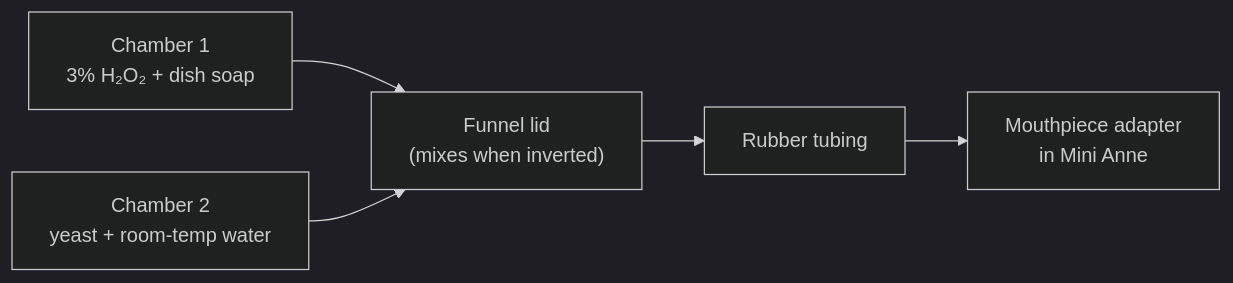
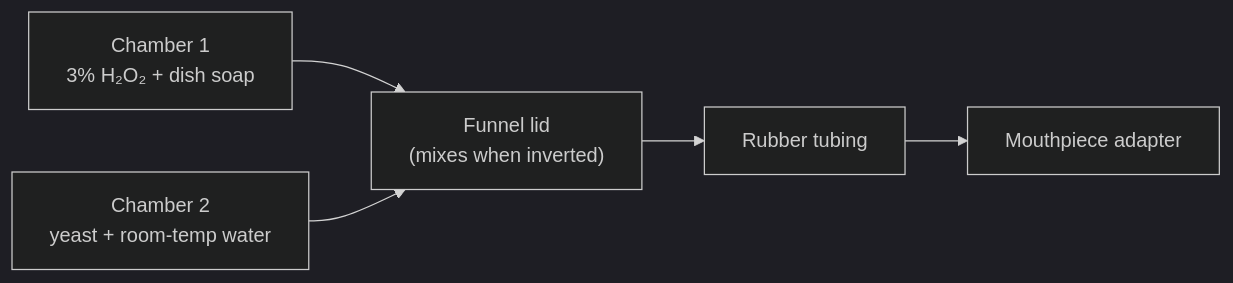
Before and after one commit to LavaTiger99/drowning-foaming-mannequin: the diagram in README.md, drawn with Mermaid (dark theme). The commit also changed other lines of this file and 5 other files, not shown here.

First line of the commit message:
Add Simulaids water-rescue mouth adapter as an alternate (#4)

````diff
--- a/README.md
+++ b/README.md
@@ -24,12 +34,12 @@
 ```mermaid
 flowchart LR
   C1["Chamber 1<br/>3% H₂O₂ + dish soap"]
   C2["Chamber 2<br/>yeast + room-temp water"]
   Lid["Funnel lid<br/>(mixes when inverted)"]
   Tube["Rubber tubing"]
-  Mouth["Mouthpiece adapter<br/>in Mini Anne"]
+  Mouth["Mouthpiece adapter"]
 
   C1 --> Lid
   C2 --> Lid
   Lid --> Tube --> Mouth
 ```
````
